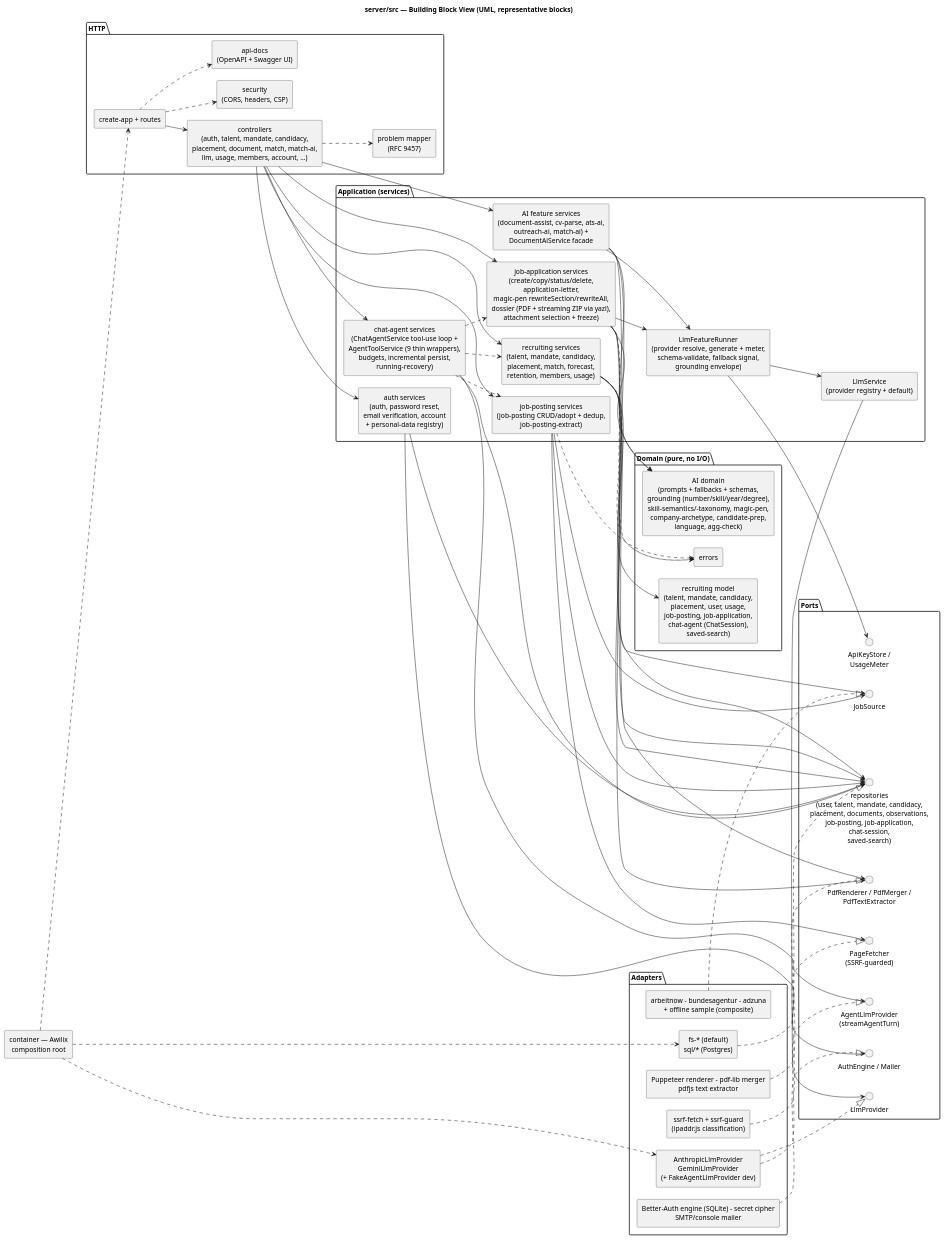
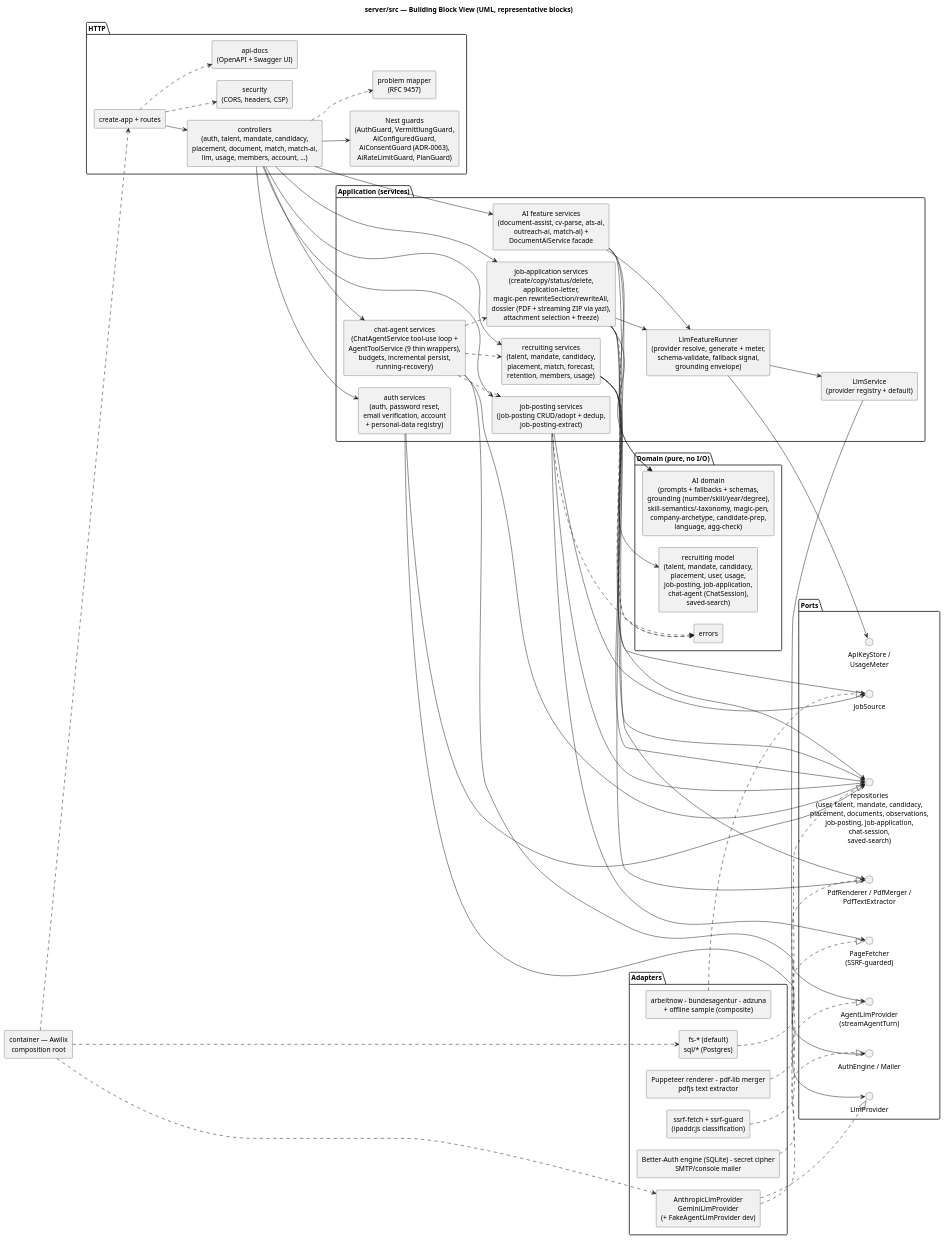
One commit to NexusHero/Resume changed the diagram in docs/umls/05_building_blocks.puml. Above: the diagram before and after it, drawn with PlantUML. The commit also changed 67 other files, not shown here.

```diff
--- a/docs/umls/05_building_blocks.puml
+++ b/docs/umls/05_building_blocks.puml
@@ -1,108 +1,110 @@
 @startuml 05_building_blocks
 title server/src — Building Block View (UML, representative blocks)
 
 skinparam shadowing false
 skinparam componentStyle rectangle
 skinparam defaultTextAlignment center
 skinparam nodesep 25
 skinparam ranksep 45
 left to right direction
 
 package "HTTP" {
   [create-app + routes] as App
   [controllers\n(auth, talent, mandate, candidacy,\nplacement, document, match, match-ai,\nllm, usage, members, account, ...)] as Ctrl
+  [Nest guards\n(AuthGuard, VermittlungGuard,\nAiConfiguredGuard,\nAiConsentGuard (ADR-0063),\nAiRateLimitGuard, PlanGuard)] as Guards
   [problem mapper\n(RFC 9457)] as Problem
   [security\n(CORS, headers, CSP)] as Security
   [api-docs\n(OpenAPI + Swagger UI)] as Docs
 }
 
 package "Application (services)" {
   [LlmFeatureRunner\n(provider resolve, generate + meter,\nschema-validate, fallback signal,\ngrounding envelope)] as Runner
   [AI feature services\n(document-assist, cv-parse, ats-ai,\noutreach-ai, match-ai) +\nDocumentAiService facade] as AiSvc
   [recruiting services\n(talent, mandate, candidacy,\nplacement, match, forecast,\nretention, members, usage)] as RecSvc
   [job-posting services\n(job-posting CRUD/adopt + dedup,\njob-posting-extract)] as JobPostingSvc
   [job-application services\n(create/copy/status/delete,\napplication-letter,\nmagic-pen rewriteSection/rewriteAll,\ndossier (PDF + streaming ZIP via yazl),\nattachment selection + freeze)] as JobAppSvc
   [chat-agent services\n(ChatAgentService tool-use loop +\nAgentToolService (9 thin wrappers),\nbudgets, incremental persist,\nrunning-recovery)] as AgentSvc
   [auth services\n(auth, password reset,\nemail verification, account\n+ personal-data registry)] as AuthSvc
   [LlmService\n(provider registry + default)] as LlmSvc
 }
 
 package "Domain (pure, no I/O)" {
   [recruiting model\n(talent, mandate, candidacy,\nplacement, user, usage,\njob-posting, job-application,\nchat-agent (ChatSession),\nsaved-search)] as Model
   [AI domain\n(prompts + fallbacks + schemas,\ngrounding (number/skill/year/degree),\nskill-semantics/-taxonomy, magic-pen,\ncompany-archetype, candidate-prep,\nlanguage, agg-check)] as AiDomain
   [errors] as DomainErrors
 }
 
 package "Ports" {
   interface "repositories\n(user, talent, mandate, candidacy,\nplacement, documents, observations,\njob-posting, job-application,\nchat-session,\nsaved-search)" as Repos
   interface LlmProvider
   interface "AgentLlmProvider\n(streamAgentTurn)" as AgentLlmPort
   interface "ApiKeyStore /\nUsageMeter" as Keys
   interface "AuthEngine / Mailer" as AuthPorts
   interface "PdfRenderer / PdfMerger /\nPdfTextExtractor" as PdfPorts
   interface JobSource
   interface "PageFetcher\n(SSRF-guarded)" as PageFetcher
 }
 
 package "Adapters" {
   [fs-* (default)\nsql/* (Postgres)] as StoreAdapters
   [AnthropicLlmProvider\nGeminiLlmProvider\n(+ FakeAgentLlmProvider dev)] as LlmAdapters
   [Better-Auth engine (SQLite) - secret cipher\nSMTP/console mailer] as AuthAdapters
   [Puppeteer renderer - pdf-lib merger\npdfjs text extractor] as PdfAdapters
   [arbeitnow - bundesagentur - adzuna\n+ offline sample (composite)] as JobAdapters
   [ssrf-fetch + ssrf-guard\n(ipaddr.js classification)] as SsrfAdapter
 }
 
 [container — Awilix\ncomposition root] as Container
 
 App --> Ctrl
 App ..> Security
 App ..> Docs
 Ctrl ..> Problem
+Ctrl --> Guards
 Ctrl --> AiSvc
 Ctrl --> RecSvc
 Ctrl --> AuthSvc
 Ctrl --> JobPostingSvc
 Ctrl --> JobAppSvc
 Ctrl --> AgentSvc
 AiSvc --> Runner
 Runner --> LlmSvc
 Runner --> Keys
 AiSvc --> AiDomain
 RecSvc --> Model
 AuthSvc --> AuthPorts
 AiSvc --> Repos
 RecSvc --> Repos
 AuthSvc --> Repos
 JobPostingSvc --> Repos
 JobPostingSvc --> JobSource
 JobPostingSvc --> PageFetcher
 JobAppSvc --> Repos
 JobAppSvc --> Runner
 JobAppSvc --> AiDomain
 AgentSvc --> AgentLlmPort
 AgentSvc --> Repos
 AgentSvc ..> RecSvc
 AgentSvc ..> JobPostingSvc
 AgentSvc ..> JobAppSvc
 RecSvc ..> DomainErrors
 JobPostingSvc ..> DomainErrors
 JobAppSvc ..> DomainErrors
 AiSvc --> PdfPorts
 JobAppSvc --> PdfPorts
 RecSvc --> JobSource
 LlmSvc --> LlmProvider
 
 StoreAdapters ..|> Repos
 LlmAdapters ..|> LlmProvider
 LlmAdapters ..|> AgentLlmPort
 AuthAdapters ..|> AuthPorts
 PdfAdapters ..|> PdfPorts
 JobAdapters ..|> JobSource
 SsrfAdapter ..|> PageFetcher
 
 Container ..> StoreAdapters
 Container ..> LlmAdapters
 Container ..> App
 
 @enduml
```
